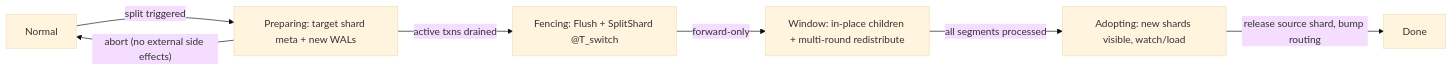
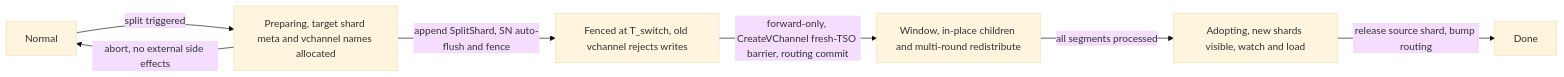
The first of 4 diagrams in docs/design-docs/design_docs/20260610-shard_split.md (milvus-io/milvus), drawn with Mermaid (base theme) before and after one commit. The commit also changed other lines of this file, not shown here.

First line of the commit message:
doc: sync shard split design doc to the authoritative #50465 revision

````diff
--- a/docs/design-docs/design_docs/20260610-shard_split.md
+++ b/docs/design-docs/design_docs/20260610-shard_split.md
@@ -186,9 +236,9 @@
 ```mermaid
 flowchart LR
-    IDLE["Normal"] -->|"split triggered"| PREP["Preparing: target shard meta + new WALs"]
-    PREP -->|"abort (no external side effects)"| IDLE
-    PREP -->|"active txns drained"| FENCE["Fencing: Flush + SplitShard @T_switch"]
-    FENCE -->|"forward-only"| WIN["Window: in-place children + multi-round redistribute"]
-    WIN -->|"all segments processed"| ADOPT["Adopting: new shards visible, watch/load"]
+    IDLE["Normal"] -->|"split triggered"| PREP["Preparing, target shard meta and vchannel names allocated"]
+    PREP -->|"abort, no external side effects"| IDLE
+    PREP -->|"append SplitShard, SN auto-flush and fence"| FENCE["Fenced at T_switch, old vchannel rejects writes"]
+    FENCE -->|"forward-only, CreateVChannel fresh-TSO barrier, routing commit"| WIN["Window, in-place children and multi-round redistribute"]
+    WIN -->|"all segments processed"| ADOPT["Adopting, new shards visible, watch and load"]
     ADOPT -->|"release source shard, bump routing"| DONE["Done"]
 ```
````
